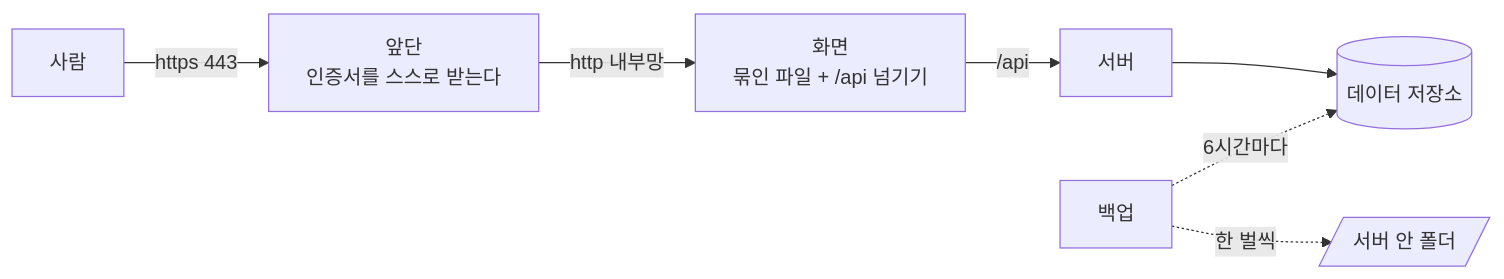
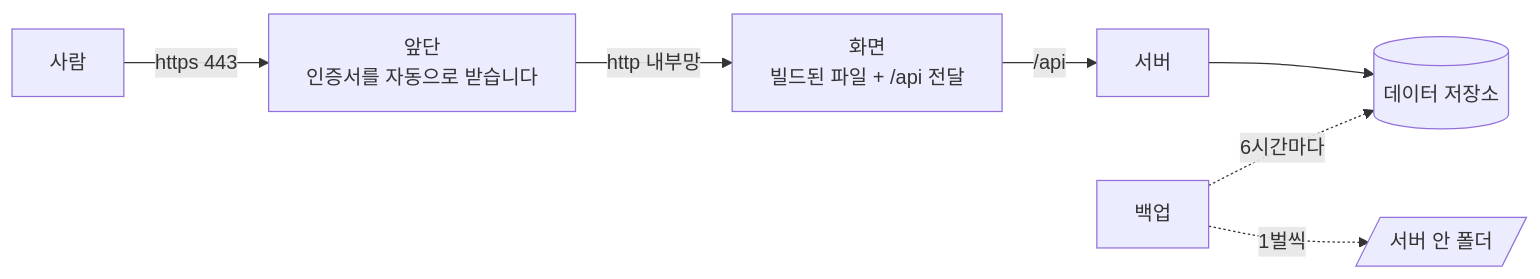
One commit to minkong-dev/Banblit changed the diagram in .cluedoc/deployment/README.md. Above: the diagram before and after it, drawn with Mermaid. The commit also changed other lines of this file and 188 other files, not shown here.

````diff
--- a/.cluedoc/deployment/README.md
+++ b/.cluedoc/deployment/README.md
@@ -17,9 +17,9 @@
 ```mermaid
 flowchart LR
-    U[사람] -->|https 443| C[앞단<br/>인증서를 스스로 받는다]
-    C -->|http 내부망| W[화면<br/>묶인 파일 + /api 넘기기]
+    U[사람] -->|https 443| C[앞단<br/>인증서를 자동으로 받습니다]
+    C -->|http 내부망| W[화면<br/>빌드된 파일 + /api 전달]
     W -->|/api| A[서버]
     A --> D[(데이터 저장소)]
     B[백업] -.6시간마다.-> D
-    B -.한 벌씩.-> H[/서버 안 폴더/]
+    B -.1벌씩.-> H[/서버 안 폴더/]
 ```
````
